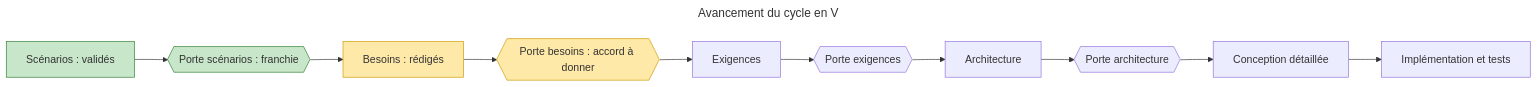
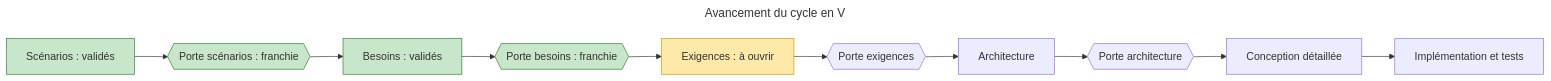
The diagram in projets/boomrone/reprise.md (thourymatthieu-png/coworker_archi_system), drawn with Mermaid before and after one commit. The commit also changed other lines of this file and 2 other files, not shown here.

Commit message:
Boomrone : DEC-171, porte besoins franchie sur accord explicite de l'utilisateur
13 besoins (BES-001 a BES-013) passes a Valide. Porte franchie sur "passons la porte".
Tag gate-2-besoins-ready-v0. 0 doute bloquant, 29 non bloquants. Prochaine phase : exigences.

````diff
--- a/projets/boomrone/reprise.md
+++ b/projets/boomrone/reprise.md
@@ -8,19 +8,19 @@
 ```mermaid
 ---
 title: "Avancement du cycle en V"
 ---
 flowchart LR
     S["Scénarios : validés"] --> PS{{"Porte scénarios : franchie"}}
-    PS --> B["Besoins : rédigés"]
-    B --> PB{{"Porte besoins : accord à donner"}}
-    PB --> R["Exigences"]
+    PS --> B["Besoins : validés"]
+    B --> PB{{"Porte besoins : franchie"}}
+    PB --> R["Exigences : à ouvrir"]
     R --> PR{{"Porte exigences"}}
     PR --> A["Architecture"]
     A --> PA{{"Porte architecture"}}
     PA --> D["Conception détaillée"]
     D --> I["Implémentation et tests"]
     classDef fait fill:#c8e6c9,stroke:#2e7d32
     classDef cours fill:#ffe9a8,stroke:#c90
-    class S,PS fait
-    class B,PB cours
+    class S,PS,B,PB fait
+    class R cours
 ```
````
